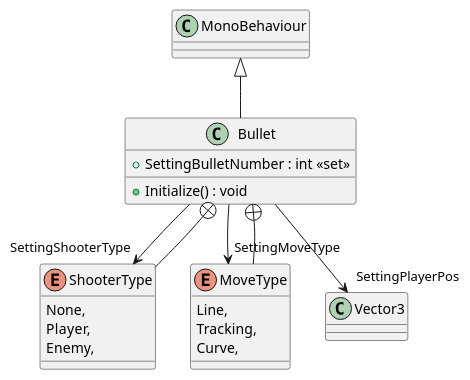
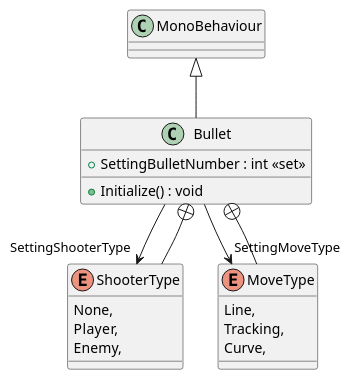
One commit to CrescentMoon8/MagicBarrage changed the diagram in plantuml/Bullet/Bullet.puml. Above: the diagram before and after it, drawn with PlantUML. The commit also changed 31 other files, not shown here.

```diff
--- a/plantuml/Bullet/Bullet.puml
+++ b/plantuml/Bullet/Bullet.puml
@@ -1,22 +1,21 @@
 @startuml
 class Bullet {
     + SettingBulletNumber : int <<set>>
     + Initialize() : void
 }
 enum ShooterType {
     None,
     Player,
     Enemy,
 }
 enum MoveType {
     Line,
     Tracking,
     Curve,
 }
 MonoBehaviour <|-- Bullet
 Bullet --> "SettingShooterType" ShooterType
 Bullet --> "SettingMoveType" MoveType
-Bullet --> "SettingPlayerPos" Vector3
 Bullet +-- ShooterType
 Bullet +-- MoveType
 @enduml
```
